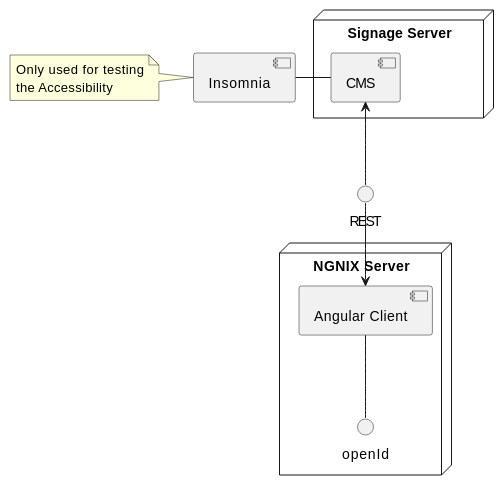
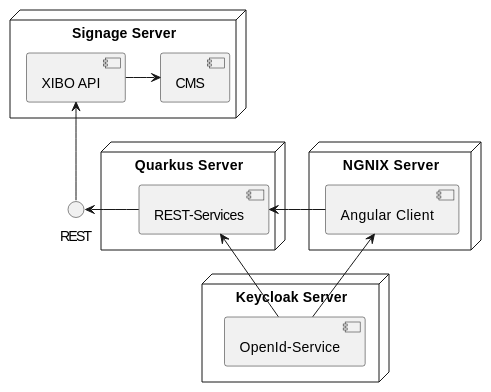
One commit to danielandricic/digital-signage-on-demand-videos-slides changed the second of 2 diagrams in asciidocs/system-specification.adoc. Above: the diagram before and after it, drawn with PlantUML. The commit also changed 22 other files, not shown here.

```diff
--- a/asciidocs/system-specification.adoc
+++ b/asciidocs/system-specification.adoc
@@ -131,21 +131,30 @@
 [plantuml,systemArch,png]
 ----
 @startuml
 node "Signage Server" {
-[CMS]
+    [CMS]
+    [XIBO API]
 }
 
 node "NGNIX Server" {
-[Angular Client] -- openId
+    [Angular Client]
 }
 
-[CMS] <-- REST
-REST --> [Angular Client]
-[Insomnia] - [CMS]
+node "Quarkus Server" {
+    [REST-Services]
+}
 
-note left of [Insomnia]
-Only used for testing
-the Accessibility
-end note
+node "Keycloak Server" {
+    [OpenId-Service]
+}
+
+[XIBO API] <-- REST
+[REST-Services] -left-> REST
+[OpenId-Service] -up-> [REST-Services]
+[OpenId-Service] -up-> [Angular Client]
+[XIBO API] -right-> [CMS]
+[Angular Client] -left-> [REST-Services]
+
+
 @enduml
 ----
```
